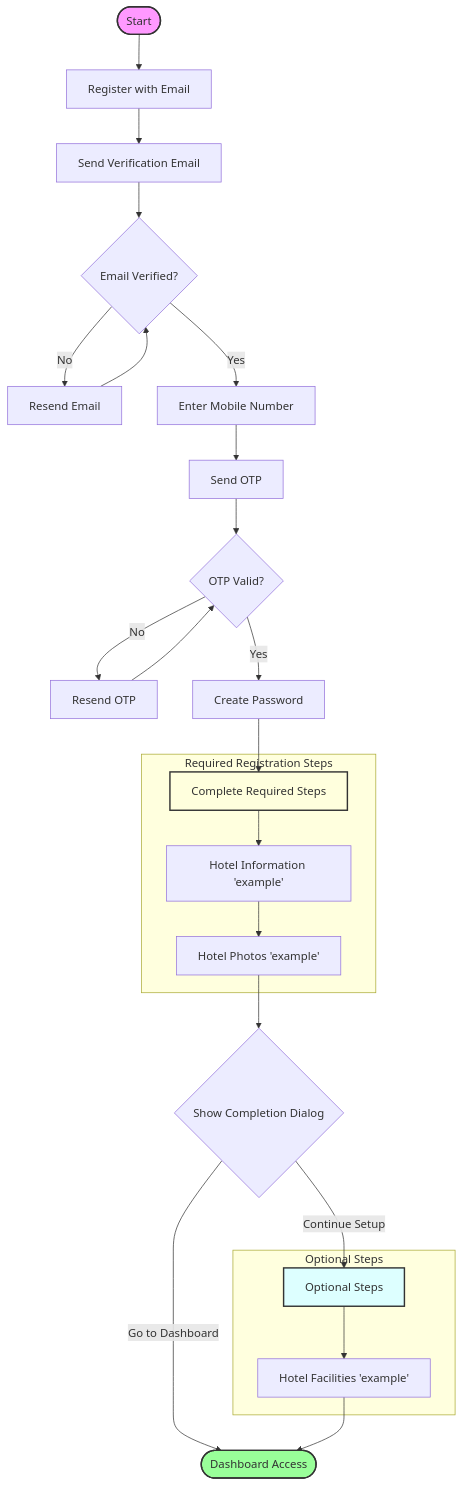
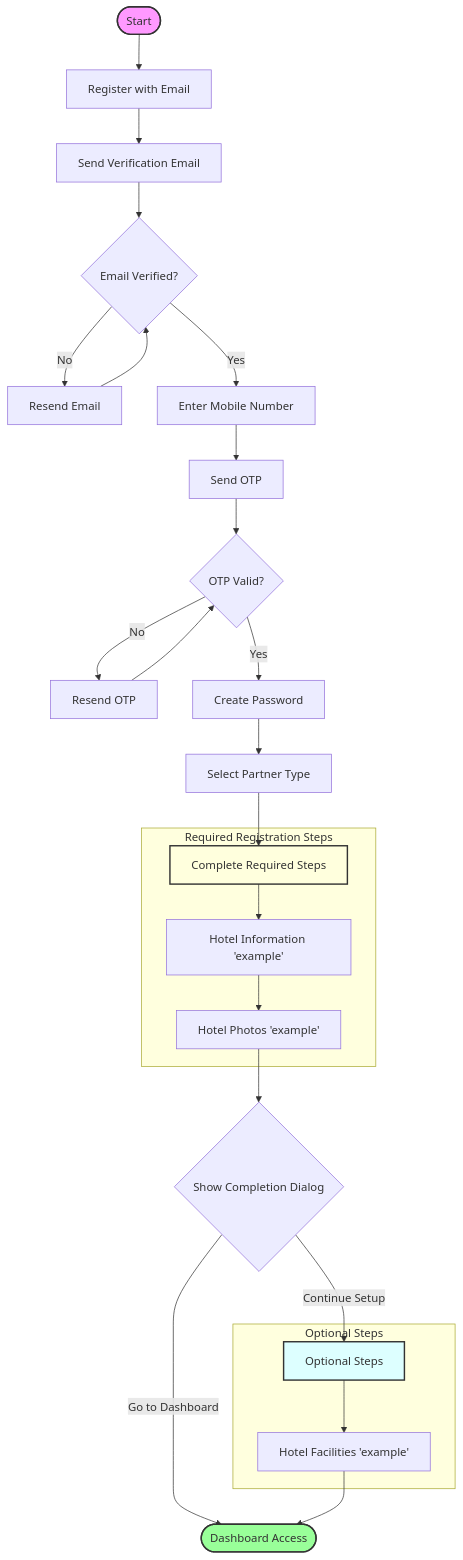
One commit to ziadgaafar/mdfiles changed the diagram in MARCH_2025_PROGRESS.md. Above: the diagram before and after it, drawn with Mermaid. The commit also changed other lines of this file, not shown here.

````diff
--- a/MARCH_2025_PROGRESS.md
+++ b/MARCH_2025_PROGRESS.md
@@ -9,39 +9,40 @@
 ```mermaid
 flowchart TB
     Start([Start]) --> Register[Register with Email]
     Register --> SendEmail[Send Verification Email]
     SendEmail --> VerifyEmail{Email Verified?}
 
     VerifyEmail -->|No| ResendEmail[Resend Email]
     ResendEmail --> VerifyEmail
 
     VerifyEmail -->|Yes| MobileStep[Enter Mobile Number]
     MobileStep --> SendOTP[Send OTP]
     SendOTP --> VerifyOTP{OTP Valid?}
 
     VerifyOTP -->|No| ResendOTP[Resend OTP]
     ResendOTP --> VerifyOTP
 
     VerifyOTP -->|Yes| SetPassword[Create Password]
-    SetPassword --> RequiredSteps[Complete Required Steps]
+    SetPassword --> PartnerType[Select Partner Type]
+    PartnerType --> RequiredSteps[Complete Required Steps]
 
     subgraph "Required Registration Steps"
     RequiredSteps --> HotelInfo[Hotel Information 'example']
     HotelInfo --> Photos[Hotel Photos 'example']
     end
 
     Photos --> CompletionDialog{Show Completion Dialog}
     CompletionDialog -->|Continue Setup| OptionalSteps[Optional Steps]
     CompletionDialog -->|Go to Dashboard| Dashboard([Dashboard Access])
 
     subgraph "Optional Steps"
     OptionalSteps --> Facilities[Hotel Facilities 'example']
     end
 
     Facilities --> Dashboard
 
     style Start fill:#f9f,stroke:#333,stroke-width:2px
     style Dashboard fill:#9f9,stroke:#333,stroke-width:2px
     style RequiredSteps fill:#ffd,stroke:#333,stroke-width:2px
     style OptionalSteps fill:#dff,stroke:#333,stroke-width:2px
 ```
````
